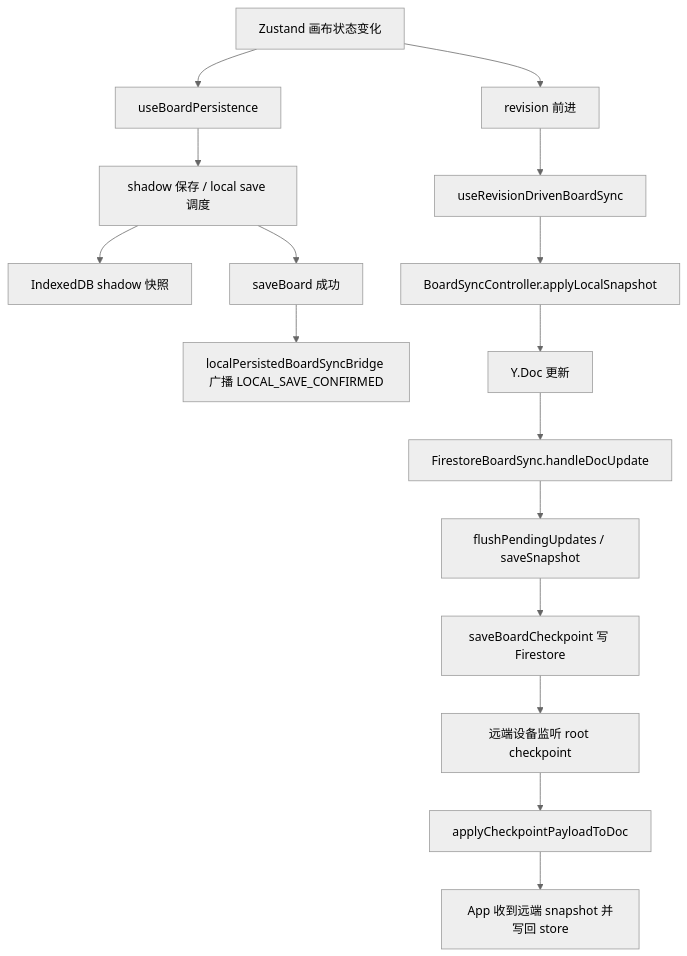
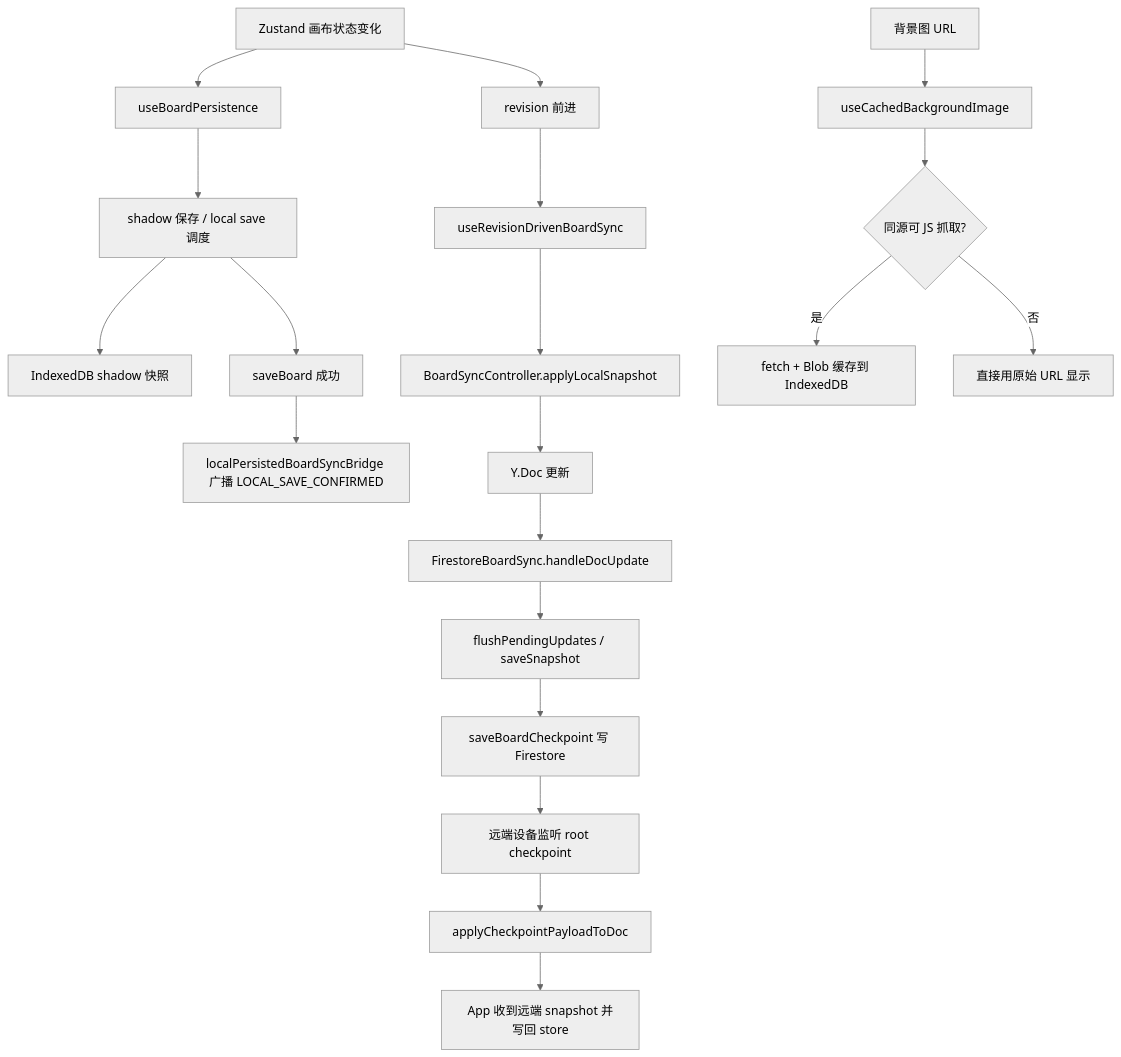
Before and after one commit to sorrow233/nexmap: the diagram in docs/technical/BOARD_SYNC_CURRENT_LOGIC_ZH.md, drawn with Mermaid (neutral theme). The commit also changed other lines of this file and 3 other files, not shown here.

````diff
--- a/docs/technical/BOARD_SYNC_CURRENT_LOGIC_ZH.md
+++ b/docs/technical/BOARD_SYNC_CURRENT_LOGIC_ZH.md
@@ -90,18 +102,22 @@
 ```mermaid
 flowchart TD
     A["Zustand 画布状态变化"] --> B["useBoardPersistence"]
     B --> C["shadow 保存 / local save 调度"]
     C --> D["IndexedDB shadow 快照"]
     C --> E["saveBoard 成功"]
     A --> F["revision 前进"]
     F --> G["useRevisionDrivenBoardSync"]
     G --> H["BoardSyncController.applyLocalSnapshot"]
     H --> I["Y.Doc 更新"]
     I --> J["FirestoreBoardSync.handleDocUpdate"]
     J --> K["flushPendingUpdates / saveSnapshot"]
     K --> L["saveBoardCheckpoint 写 Firestore"]
     E --> M["localPersistedBoardSyncBridge 广播 LOCAL_SAVE_CONFIRMED"]
     L --> N["远端设备监听 root checkpoint"]
     N --> O["applyCheckpointPayloadToDoc"]
     O --> P["App 收到远端 snapshot 并写回 store"]
+    Q["背景图 URL"] --> R["useCachedBackgroundImage"]
+    R --> S{"同源可 JS 抓取?"}
+    S -- 是 --> T["fetch + Blob 缓存到 IndexedDB"]
+    S -- 否 --> U["直接用原始 URL 显示"]
 ```
````
